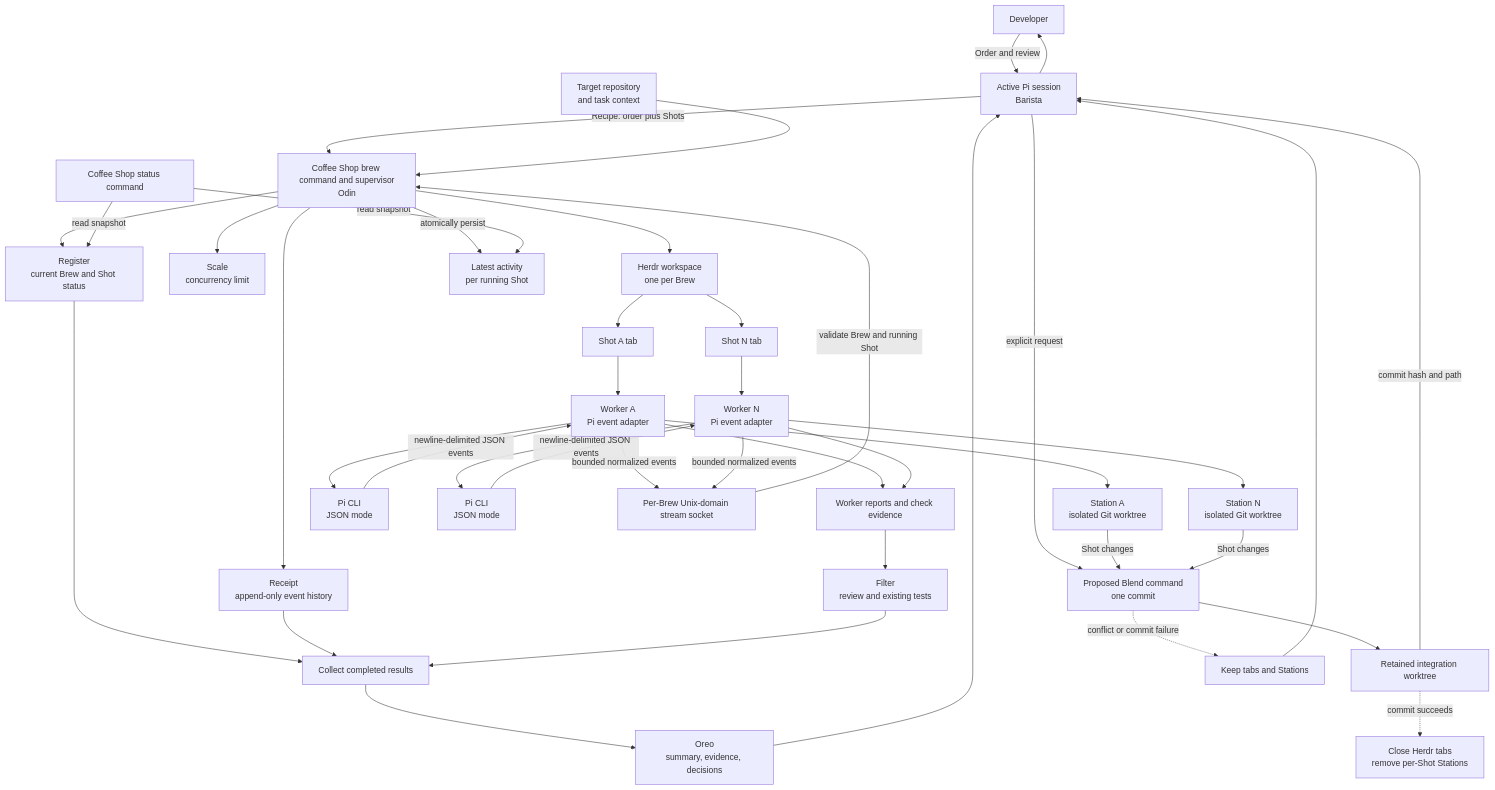
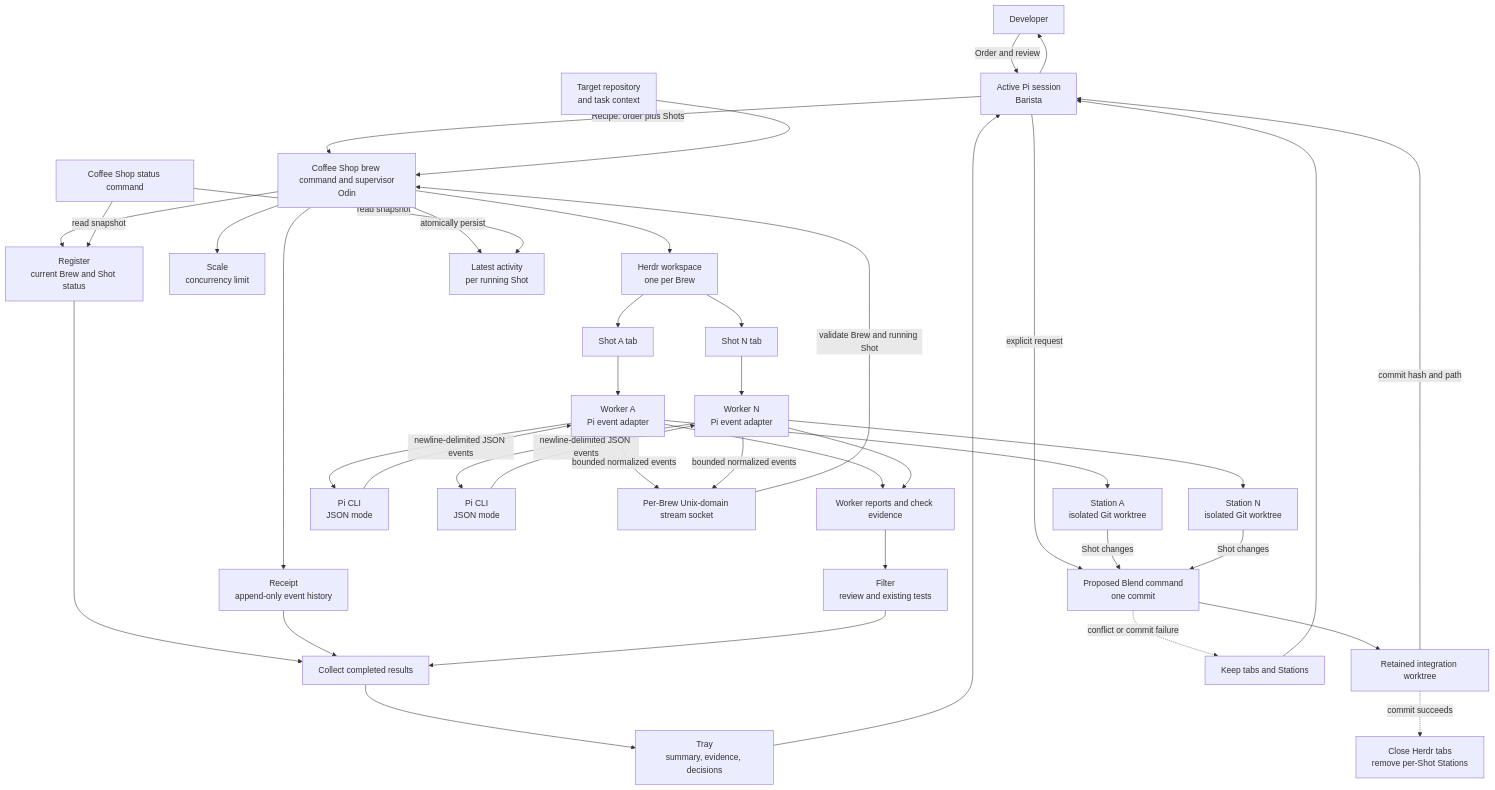
The first of 6 diagrams in docs/architecture.md (weima/coffee-shop), drawn with Mermaid before and after one commit. The commit also changed other lines of this file and 18 other files, not shown here.

````diff
--- a/docs/architecture.md
+++ b/docs/architecture.md
@@ -7,43 +7,43 @@
 ```mermaid
 flowchart TD
     Dev[Developer] -->|Order and review| Barista[Active Pi session<br/>Barista]
     Barista -->|Recipe: order plus Shots| CLI[Coffee Shop brew command and supervisor<br/>Odin]
     Beans[Target repository<br/>and task context] --> CLI
     CLI --> Register[Register<br/>current Brew and Shot status]
     CLI --> Receipt[Receipt<br/>append-only event history]
     CLI --> Scale[Scale<br/>concurrency limit]
     CLI --> HERDR[Herdr workspace<br/>one per Brew]
     HERDR --> Tab1[Shot A tab]
     HERDR --> TabN[Shot N tab]
     Tab1 --> Worker1[Worker A<br/>Pi event adapter]
     TabN --> WorkerN[Worker N<br/>Pi event adapter]
     Worker1 --> Station1[Station A<br/>isolated Git worktree]
     WorkerN --> StationN[Station N<br/>isolated Git worktree]
     Worker1 --> Pi1[Pi CLI<br/>JSON mode]
     WorkerN --> PiN[Pi CLI<br/>JSON mode]
     Pi1 -->|newline-delimited JSON events| Worker1
     PiN -->|newline-delimited JSON events| WorkerN
     Worker1 -->|bounded normalized events| Activity[Per-Brew Unix-domain stream socket]
     WorkerN -->|bounded normalized events| Activity
     Activity -->|validate Brew and running Shot| CLI
     CLI -->|atomically persist| ActivityState[Latest activity<br/>per running Shot]
     Status[Coffee Shop status command] -->|read snapshot| Register
     Status -->|read snapshot| ActivityState
     Worker1 --> Results[Worker reports and check evidence]
     WorkerN --> Results
     Results --> Filter[Filter<br/>review and existing tests]
     Register --> Collect[Collect completed results]
     Receipt --> Collect
     Filter --> Collect
-    Collect --> Oreo[Oreo<br/>summary, evidence, decisions]
-    Oreo --> Barista
+    Collect --> Tray[Tray<br/>summary, evidence, decisions]
+    Tray --> Barista
     Barista -->|explicit request| Blend[Proposed Blend command<br/>one commit]
     Station1 -->|Shot changes| Blend
     StationN -->|Shot changes| Blend
     Blend --> Delivery[Retained integration worktree]
     Delivery -->|commit hash and path| Barista
     Delivery -. commit succeeds .-> Cleanup[Close Herdr tabs<br/>remove per-Shot Stations]
     Blend -. conflict or commit failure .-> Preserve[Keep tabs and Stations]
     Preserve --> Barista
     Barista --> Dev
 ```
````
